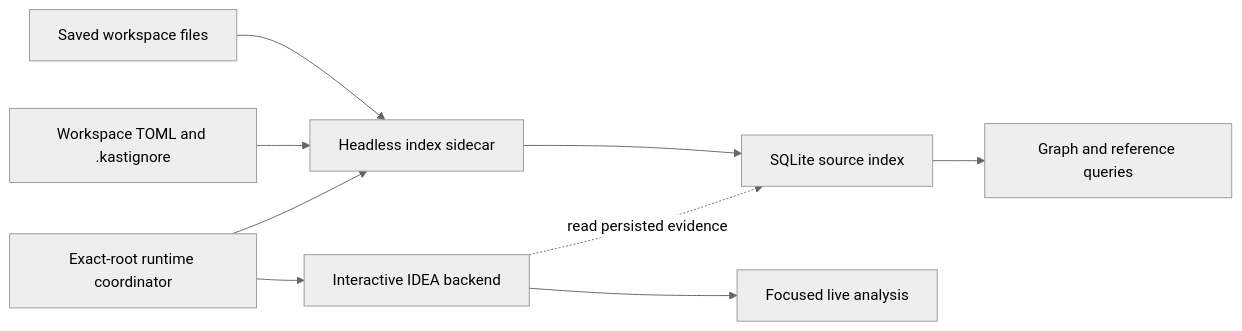
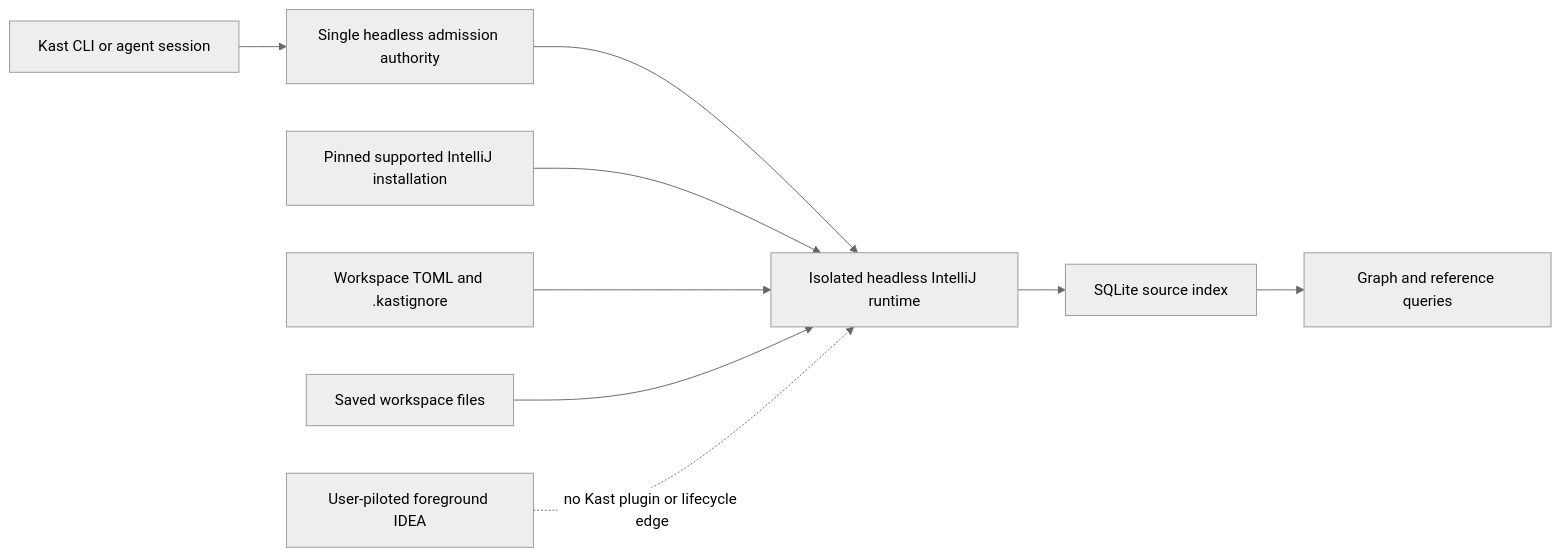
Before and after one commit to amichne/kast: the diagram in docs/internal/idea-integration/headless-indexing-resilience.md, drawn with Mermaid (neutral theme). The commit also changed other lines of this file, not shown here.

Commit message:
docs: plan headless-only semantic authority

````diff
--- a/docs/internal/idea-integration/headless-indexing-resilience.md
+++ b/docs/internal/idea-integration/headless-indexing-resilience.md
@@ -89,11 +134,11 @@
 ```mermaid
 flowchart LR
-    coordinator["Exact-root runtime coordinator"] --> idea["Interactive IDEA backend"]
-    coordinator --> headless["Headless index sidecar"]
+    client["Kast CLI or agent session"] --> authority["Single headless admission authority"]
+    authority --> headless["Isolated headless IntelliJ runtime"]
+    host["Pinned supported IntelliJ installation"] --> headless
     config["Workspace TOML and .kastignore"] --> headless
     disk["Saved workspace files"] --> headless
     headless --> store["SQLite source index"]
-    idea --> live["Focused live analysis"]
     store --> queries["Graph and reference queries"]
-    idea -. "read persisted evidence" .-> store
+    foreground["User-piloted foreground IDEA"] -. "no Kast plugin or lifecycle edge" .-> headless
 ```
````
